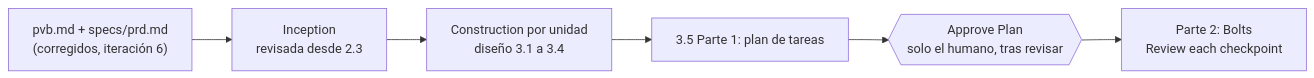
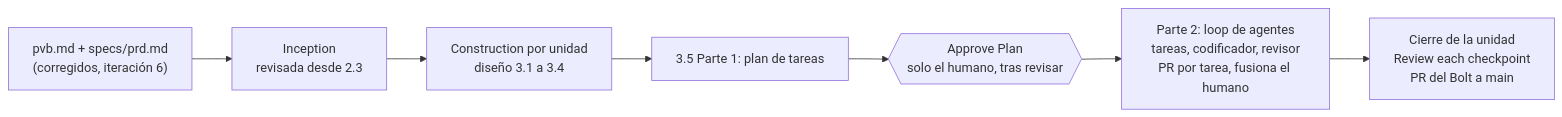
One commit to freyesJaveriana/tai changed the diagram in plan-aidlc.md. Above: the diagram before and after it, drawn with Mermaid. The commit also changed other lines of this file, not shown here.

Commit message:
docs(plan): Parte 2 con el loop de agentes (cambio 04, L-3)

````diff
--- a/plan-aidlc.md
+++ b/plan-aidlc.md
@@ -24,8 +24,9 @@
 ```mermaid
 flowchart LR
     IN["pvb.md + specs/prd.md<br/>(corregidos, iteración 6)"] --> INC["Inception<br/>revisada desde 2.3"]
     INC --> CON["Construction por unidad<br/>diseño 3.1 a 3.4"]
     CON --> CG["3.5 Parte 1: plan de tareas"]
     CG --> OK{{"Approve Plan<br/>solo el humano, tras revisar"}}
-    OK --> B["Parte 2: Bolts<br/>Review each checkpoint"]
+    OK --> L["Parte 2: loop de agentes<br/>tareas, codificador, revisor<br/>PR por tarea, fusiona el humano"]
+    L --> B["Cierre de la unidad<br/>Review each checkpoint<br/>PR del Bolt a main"]
 ```
````
